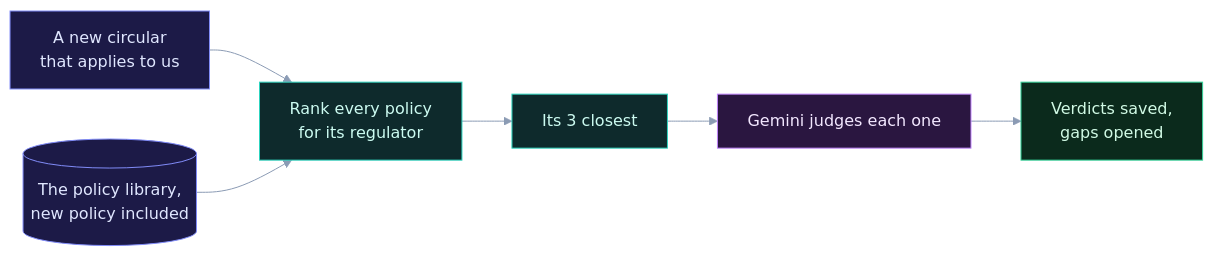
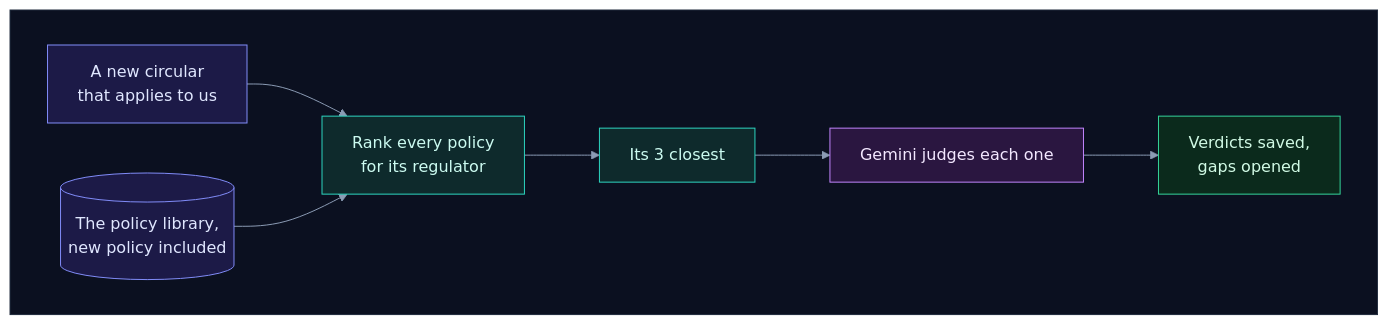
Before and after one commit to selvakumarperumal/Regulatory_Circular_Impact_Agent: diagram 13 of 21 in how_it_works.md, drawn with Mermaid. The commit also changed other lines of this file and 1 other file, not shown here.

````diff
--- a/how_it_works.md
+++ b/how_it_works.md
@@ -753,21 +800,25 @@
 ```mermaid
-%%{init: {"theme": "base", "themeVariables": {"darkMode": true, "primaryColor": "#16213a", "primaryTextColor": "#e6edf7", "primaryBorderColor": "#475a7a", "lineColor": "#8b9bb4", "secondaryColor": "#1b2436", "tertiaryColor": "#101a2e", "edgeLabelBackground": "#0f172a", "textColor": "#e2e8f0", "clusterBkg": "#0f1728", "clusterBorder": "#2b3a55", "titleColor": "#c4b5fd", "nodeTextColor": "#e6edf7"}}}%%
+%%{init: {"theme": "base", "flowchart": {"diagramPadding": 0}, "themeVariables": {"darkMode": true, "primaryColor": "#16213a", "primaryTextColor": "#e6edf7", "primaryBorderColor": "#475a7a", "lineColor": "#8b9bb4", "secondaryColor": "#1b2436", "tertiaryColor": "#101a2e", "edgeLabelBackground": "#0f172a", "textColor": "#e2e8f0", "clusterBkg": "#0f1728", "clusterBorder": "#2b3a55", "titleColor": "#c4b5fd", "nodeTextColor": "#e6edf7"}}}%%
 flowchart LR
-    nc["A new circular<br/>that applies to us"] --> rank["Rank every policy<br/>for its regulator"]
-    lib[("The policy library,<br/>new policy included")] --> rank
-    rank --> top["Its 3 closest"] --> judge["Gemini judges each one"] --> out["Verdicts saved,<br/>gaps opened"]
+    subgraph canvas[" "]
+        direction LR
+        nc["A new circular<br/>that applies to us"] --> rank["Rank every policy<br/>for its regulator"]
+        lib[("The policy library,<br/>new policy included")] --> rank
+        rank --> top["Its 3 closest"] --> judge["Gemini judges each one"] --> out["Verdicts saved,<br/>gaps opened"]
+    end
 
     classDef svc fill:#0e2a2c,stroke:#2dd4bf,color:#ccfbf1
     classDef data fill:#1c1a47,stroke:#818cf8,color:#e0e7ff
     classDef ext fill:#2a1640,stroke:#c084fc,color:#f3e8ff
     classDef gpu fill:#2d1b0c,stroke:#fb923c,color:#ffedd5
     classDef ask fill:#2a2410,stroke:#fbbf24,color:#fef3c7
     classDef ok fill:#0b2a1c,stroke:#34d399,color:#d1fae5
     classDef bad fill:#2e0f17,stroke:#fb7185,color:#ffe4e6
     classDef start fill:#1c2a0e,stroke:#a7ef6f,color:#ecfccb
     classDef muted fill:#1a2130,stroke:#64748b,color:#cbd5e1
     class nc,lib data
     class rank,top svc
     class judge ext
     class out ok
+    style canvas fill:#0b1020,stroke:#1e293b,color:#0b1020
 ```
````
